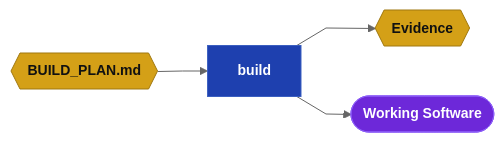
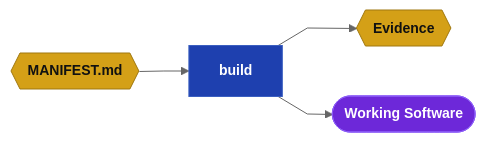
Before and after one commit to webcloudstudio/Drydock: the fourth of 9 diagrams in docs/Drydock_Specification.md, drawn with Mermaid. The commit also changed other lines of this file and 3 other files, not shown here.

First line of the commit message:
Introduce BLUEPRINTS_CONTRACT and MANIFEST_CONTRACT; rename BUILD_PLAN to MANIFEST

````diff
--- a/docs/Drydock_Specification.md
+++ b/docs/Drydock_Specification.md
@@ -338,14 +339,14 @@
 ```mermaid
 %%{init: {'theme': 'neutral', 'flowchart': {'curve': 'linear'}, 'themeVariables': {'fontSize': '14px'}}}%%
 flowchart LR
   classDef dir    fill:#0a5c38,stroke:#2cb67d,color:#fff,font-weight:bold
   classDef md     fill:#d4a017,stroke:#a07810,color:#111,font-weight:bold
   classDef script fill:#1e40af,stroke:#3b5fc0,color:#fff,font-weight:bold
   classDef prompt fill:#c2410c,stroke:#ea580c,color:#fff,font-weight:bold
   classDef output fill:#6d28d9,stroke:#8b5cf6,color:#fff,font-weight:bold
   classDef web    fill:#be123c,stroke:#fb7185,color:#fff,font-weight:bold
 
-  BP{{"BUILD_PLAN.md"}}:::md --> BUILD["build"]:::script
+  BP{{"MANIFEST.md"}}:::md --> BUILD["build"]:::script
   BUILD --> EV{{"Evidence"}}:::md
   BUILD --> SOFTWARE(["Working Software"]):::output
 ```
````
